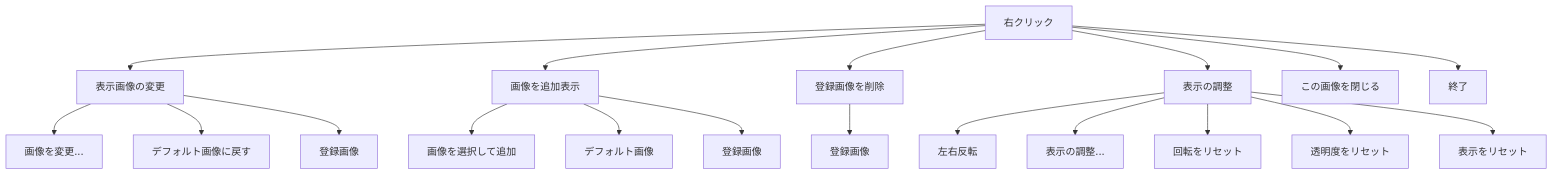
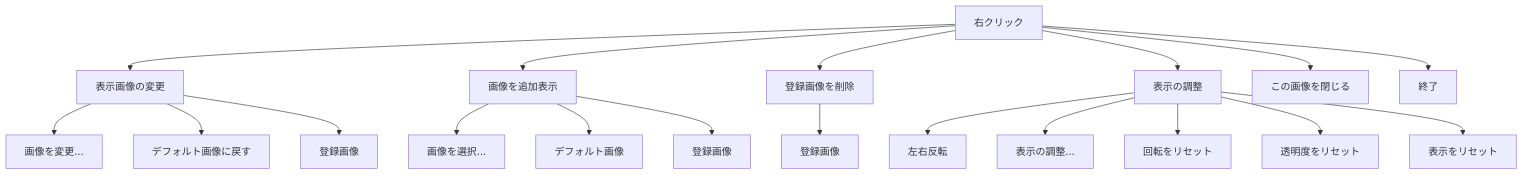
Before and after one commit to shiroemons/sobani: the third of 4 diagrams in docs/guide/usage.md, drawn with Mermaid. The commit also changed other lines of this file, not shown here.

````diff
--- a/docs/guide/usage.md
+++ b/docs/guide/usage.md
@@ -78,25 +85,25 @@
 ```mermaid
 flowchart TD
     RC[右クリック] --> CHANGE[表示画像の変更]
     CHANGE --> CHANGE_FILE[画像を変更...]
     CHANGE --> CHANGE_DEFAULT["デフォルト画像に戻す"]
     CHANGE --> CHANGE_REG["登録画像"]
 
     RC --> ADD[画像を追加表示]
-    ADD --> ADD_FILE[画像を選択して追加]
+    ADD --> ADD_FILE["画像を選択..."]
     ADD --> ADD_DEFAULT["デフォルト画像"]
     ADD --> ADD_REG["登録画像"]
 
     RC --> DELETE[登録画像を削除]
     DELETE --> DELETE_REG["登録画像"]
 
     RC --> VIEW[表示の調整]
     VIEW --> FLIP[左右反転]
     VIEW --> PANEL["表示の調整..."]
     VIEW --> RESET_ROT[回転をリセット]
     VIEW --> RESET_OPA[透明度をリセット]
     VIEW --> RESET_ALL[表示をリセット]
 
     RC --> CLOSE[この画像を閉じる]
     RC --> QUIT[終了]
 ```
````
